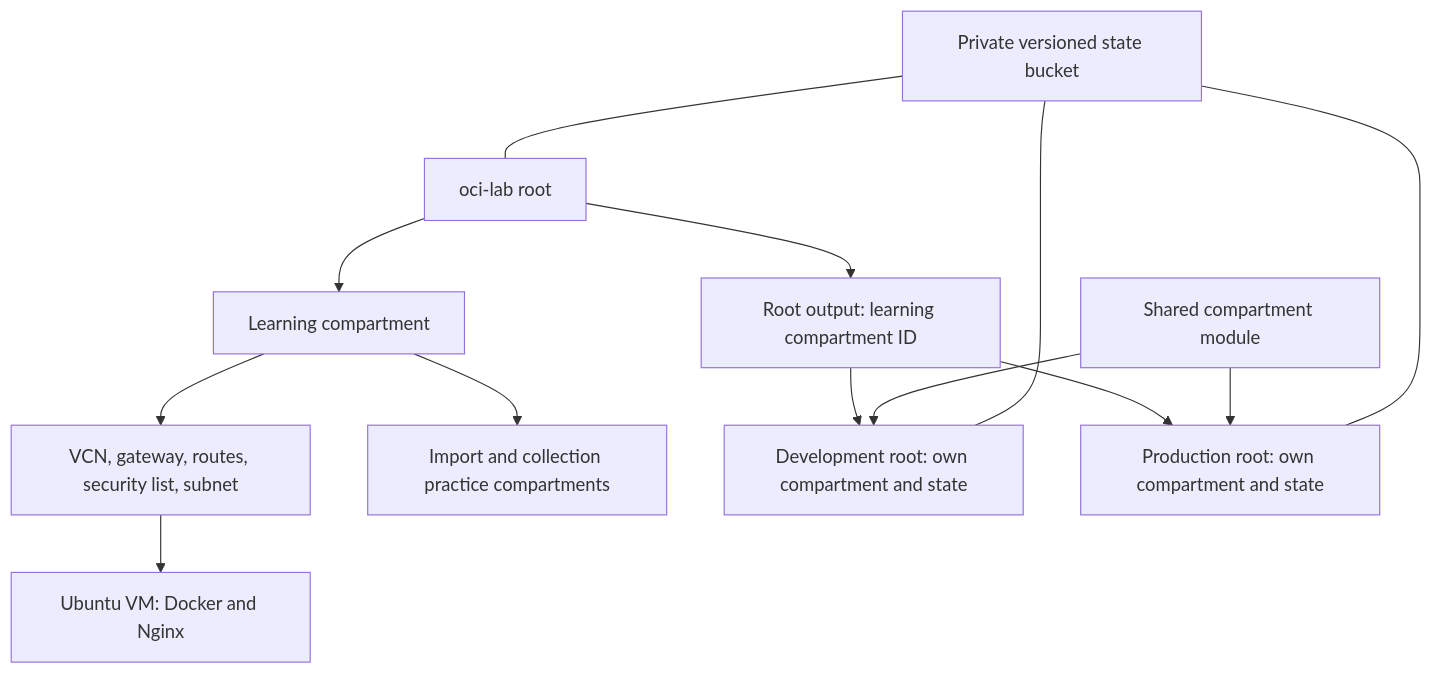
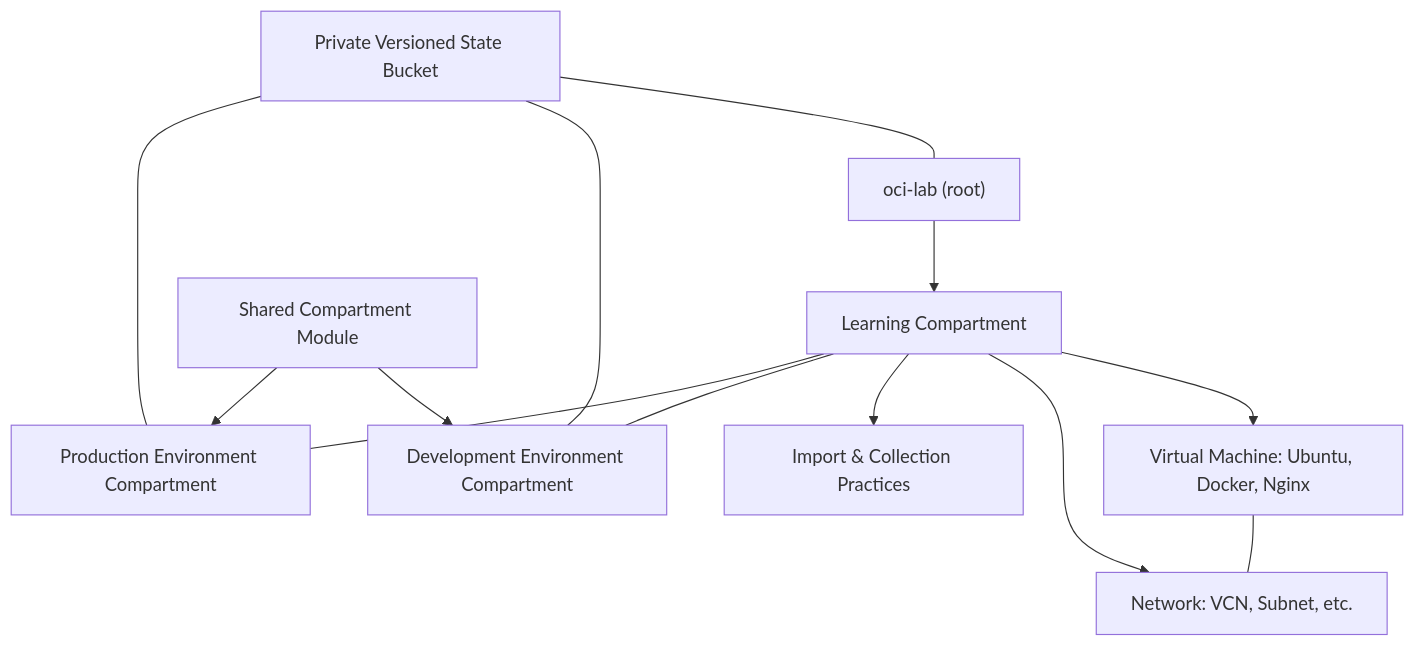
Before and after one commit to sepantakamali/learning-terraform: the diagram in README.md, drawn with Mermaid. The commit also changed other lines of this file, not shown here.

Commit message:
review readme

````diff
--- a/README.md
+++ b/README.md
@@ -17,15 +17,15 @@
 ```mermaid
 flowchart TD
-    F[oci-lab root] --> C[Learning compartment]
-    C --> N[VCN, gateway, routes, security list, subnet]
-    N --> V[Ubuntu VM: Docker and Nginx]
-    C --> P[Import and collection practice compartments]
-    F --> O[Root output: learning compartment ID]
-    O --> D[Development root: own compartment and state]
-    O --> R[Production root: own compartment and state]
-    M[Shared compartment module] --> D
-    M --> R
-    B[Private versioned state bucket] --- F
-    B --- D
-    B --- R
+  Bucket[Private Versioned State Bucket] --- Lab
+  Lab["oci-lab (root)"] --> L[Learning Compartment]
+  L --> Compute[Virtual Machine: Ubuntu, Docker, Nginx]
+  L --> Network[Network: VCN, Subnet, etc.]
+  Compute --- Network
+  L --> Practice[Import & Collection Practices]
+  EnvironmentModule[Shared Compartment Module] --> Dev[Development Environment Compartment]
+  EnvironmentModule --> Prod[Production Environment Compartment]
+  Bucket --- Dev
+  Bucket --- Prod
+  L --- Dev
+  L --- Prod
 ```
````
